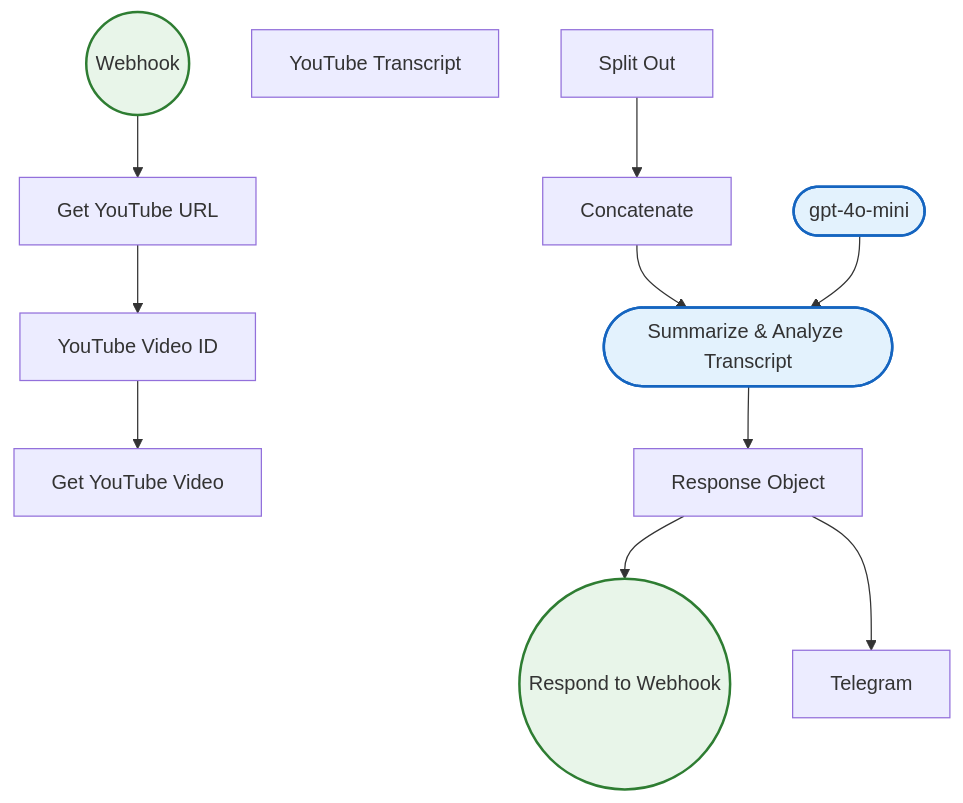
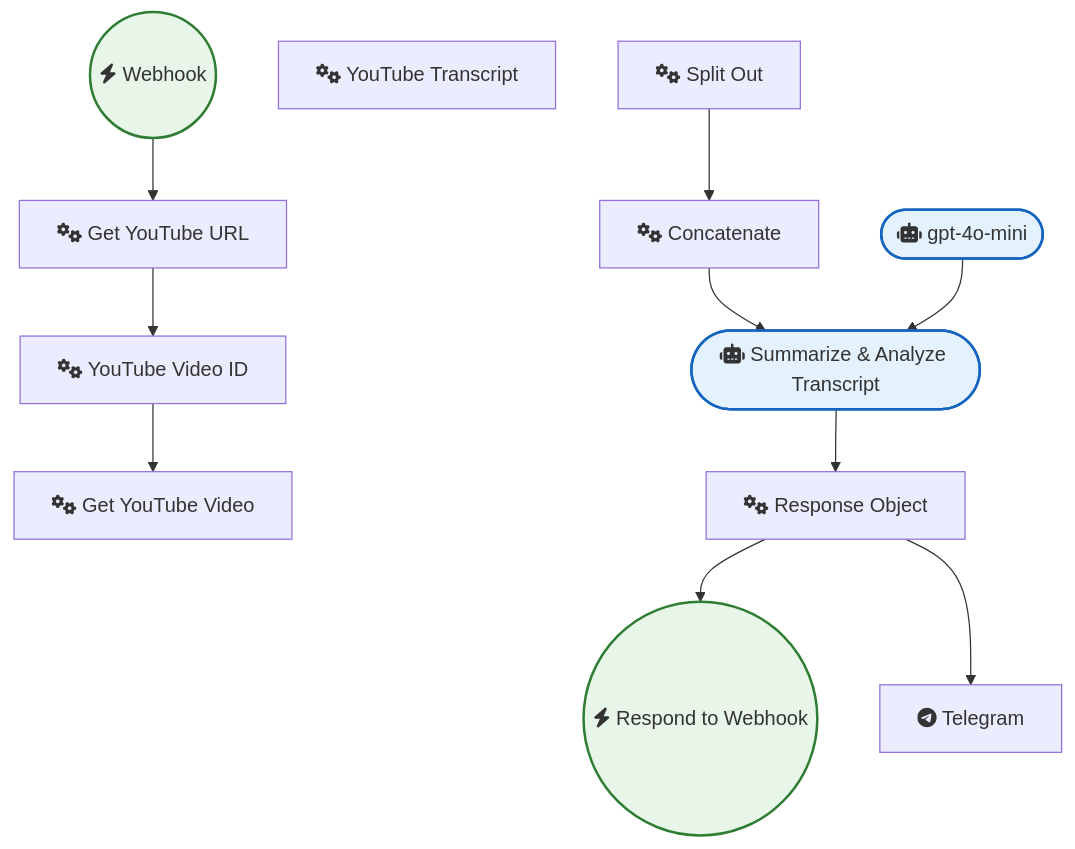
One commit to sreyash3105/N8N-DEMO-AUTOMATIONS changed the diagram in OpenAI_and_LLMs/Ai-powered Youtube Video Summarization & Analysis.md. Above: the diagram before and after it, drawn with Mermaid. The commit also changed 291 other files, not shown here.

````diff
--- a/OpenAI_and_LLMs/Ai-powered Youtube Video Summarization & Analysis.md
+++ b/OpenAI_and_LLMs/Ai-powered Youtube Video Summarization & Analysis.md
@@ -1,29 +1,29 @@
 ```mermaid
 graph TD
     classDef trigger fill:#e8f5e9,stroke:#2e7d32,stroke-width:2px;
     classDef ai fill:#e3f2fd,stroke:#1565c0,stroke-width:2px;
     classDef logic fill:#fff3e0,stroke:#ef6c00,stroke-width:2px;
 
-    Webhook(("Webhook")):::trigger
-    YouTube_Transcript["YouTube Transcript"]
-    Split_Out["Split Out"]
-    Respond_to_Webhook(("Respond to Webhook")):::trigger
-    Telegram["Telegram"]
-    Get_YouTube_URL["Get YouTube URL"]
-    YouTube_Video_ID["YouTube Video ID"]
-    Get_YouTube_Video["Get YouTube Video"]
-    gpt_4o_mini(["gpt-4o-mini"]):::ai
-    Summarize___Analyze_Transcript(["Summarize & Analyze Transcript"]):::ai
-    Concatenate["Concatenate"]
-    Response_Object["Response Object"]
+    Webhook(("fas:fa-bolt Webhook")):::trigger
+    YouTube_Transcript["fas:fa-cogs YouTube Transcript"]
+    Split_Out["fas:fa-cogs Split Out"]
+    Respond_to_Webhook(("fas:fa-bolt Respond to Webhook")):::trigger
+    Telegram["fab:fa-telegram Telegram"]
+    Get_YouTube_URL["fas:fa-cogs Get YouTube URL"]
+    YouTube_Video_ID["fas:fa-cogs YouTube Video ID"]
+    Get_YouTube_Video["fas:fa-cogs Get YouTube Video"]
+    gpt_4o_mini(["fas:fa-robot gpt-4o-mini"]):::ai
+    Summarize___Analyze_Transcript(["fas:fa-robot Summarize & Analyze Transcript"]):::ai
+    Concatenate["fas:fa-cogs Concatenate"]
+    Response_Object["fas:fa-cogs Response Object"]
 
     Webhook --> Get_YouTube_URL
     Split_Out --> Concatenate
     Concatenate --> Summarize___Analyze_Transcript
     gpt_4o_mini --> Summarize___Analyze_Transcript
     Get_YouTube_URL --> YouTube_Video_ID
     Response_Object --> Respond_to_Webhook
     Response_Object --> Telegram
     YouTube_Video_ID --> Get_YouTube_Video
     Summarize___Analyze_Transcript --> Response_Object
 ```
````
